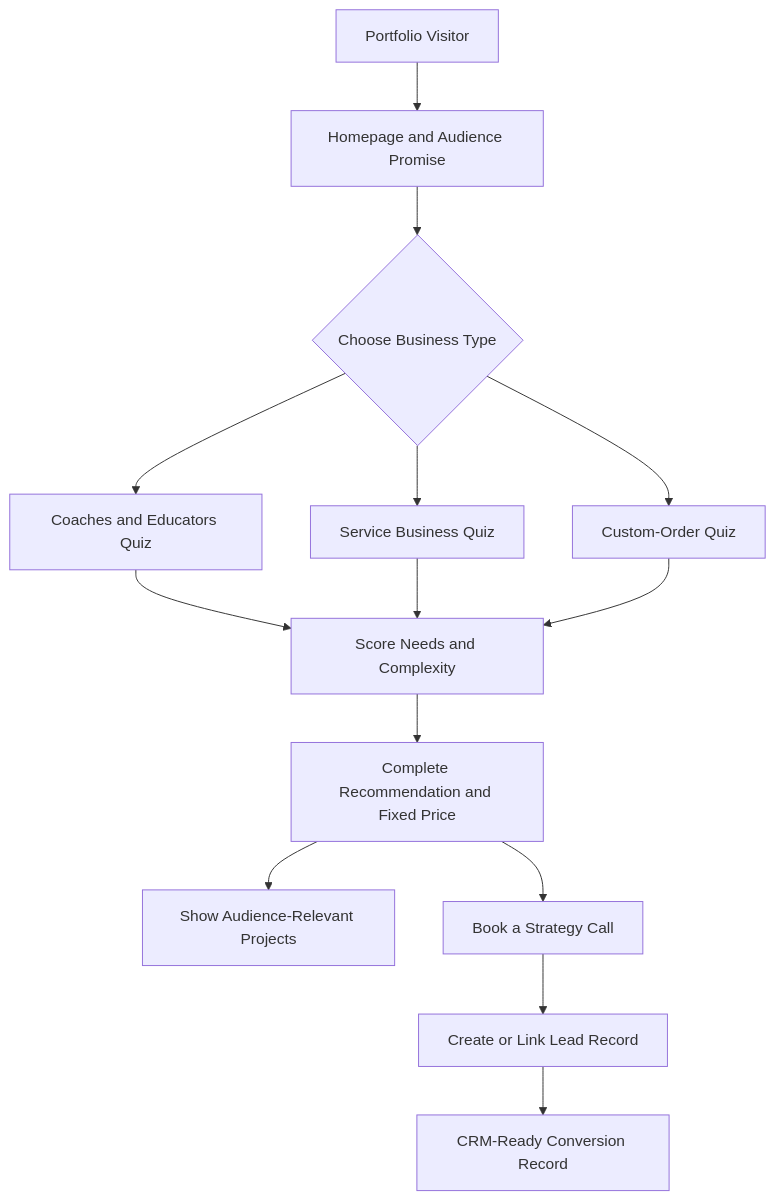
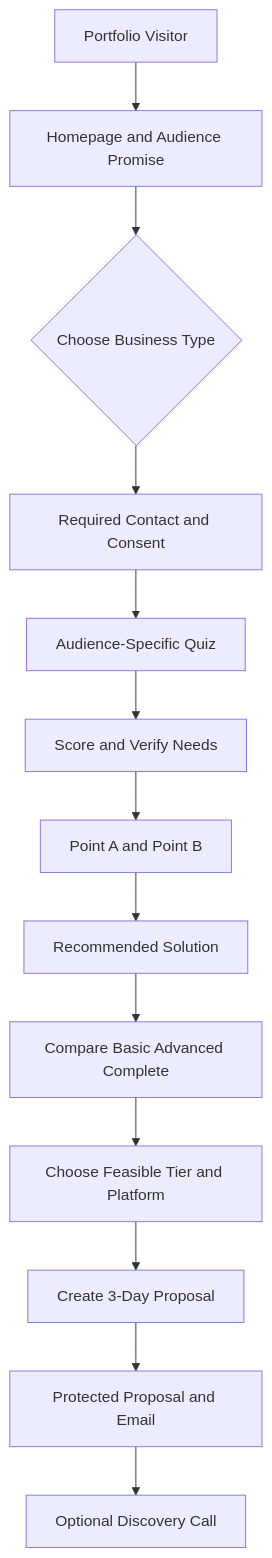
The first of 3 diagrams in docs/portfolio-blueprint.md (dmptelysha/elysha-works-portfolio-service-professionals), drawn with Mermaid before and after one commit. The commit also changed other lines of this file and 4 other files, not shown here.

Commit message:
docs: adopt expiring client proposal flow

````diff
--- a/docs/portfolio-blueprint.md
+++ b/docs/portfolio-blueprint.md
@@ -40,16 +49,15 @@
 ```mermaid
 flowchart TD
     A[Portfolio Visitor] --> B[Homepage and Audience Promise]
     B --> C{Choose Business Type}
-    C --> D[Coaches and Educators Quiz]
-    C --> E[Service Business Quiz]
-    C --> F[Custom-Order Quiz]
-    D --> G[Score Needs and Complexity]
-    E --> G
-    F --> G
-    G --> H[Complete Recommendation and Fixed Price]
-    H --> I[Show Audience-Relevant Projects]
-    H --> J[Book a Strategy Call]
-    J --> K[Create or Link Lead Record]
-    K --> L[CRM-Ready Conversion Record]
+    C --> D[Required Contact and Consent]
+    D --> E[Audience-Specific Quiz]
+    E --> F[Score and Verify Needs]
+    F --> G[Point A and Point B]
+    G --> H[Recommended Solution]
+    H --> I[Compare Basic Advanced Complete]
+    I --> J[Choose Feasible Tier and Platform]
+    J --> K[Create 3-Day Proposal]
+    K --> L[Protected Proposal and Email]
+    L --> M[Optional Discovery Call]
 ```
````
